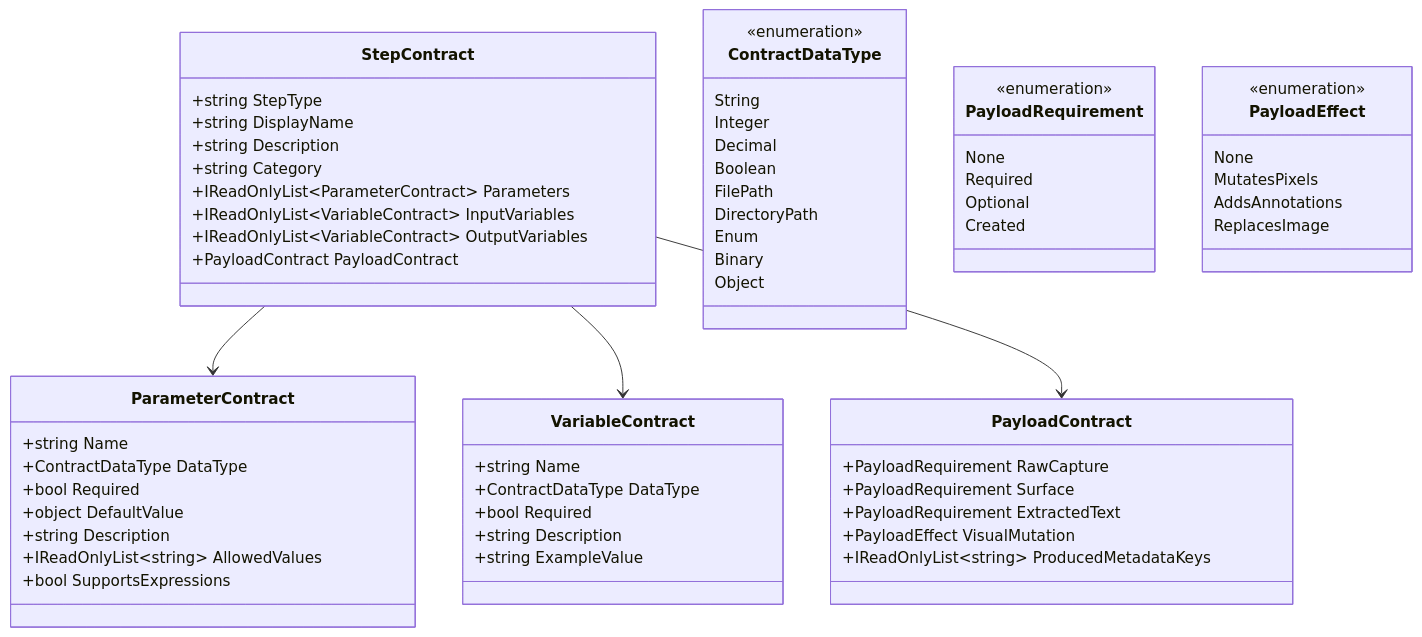
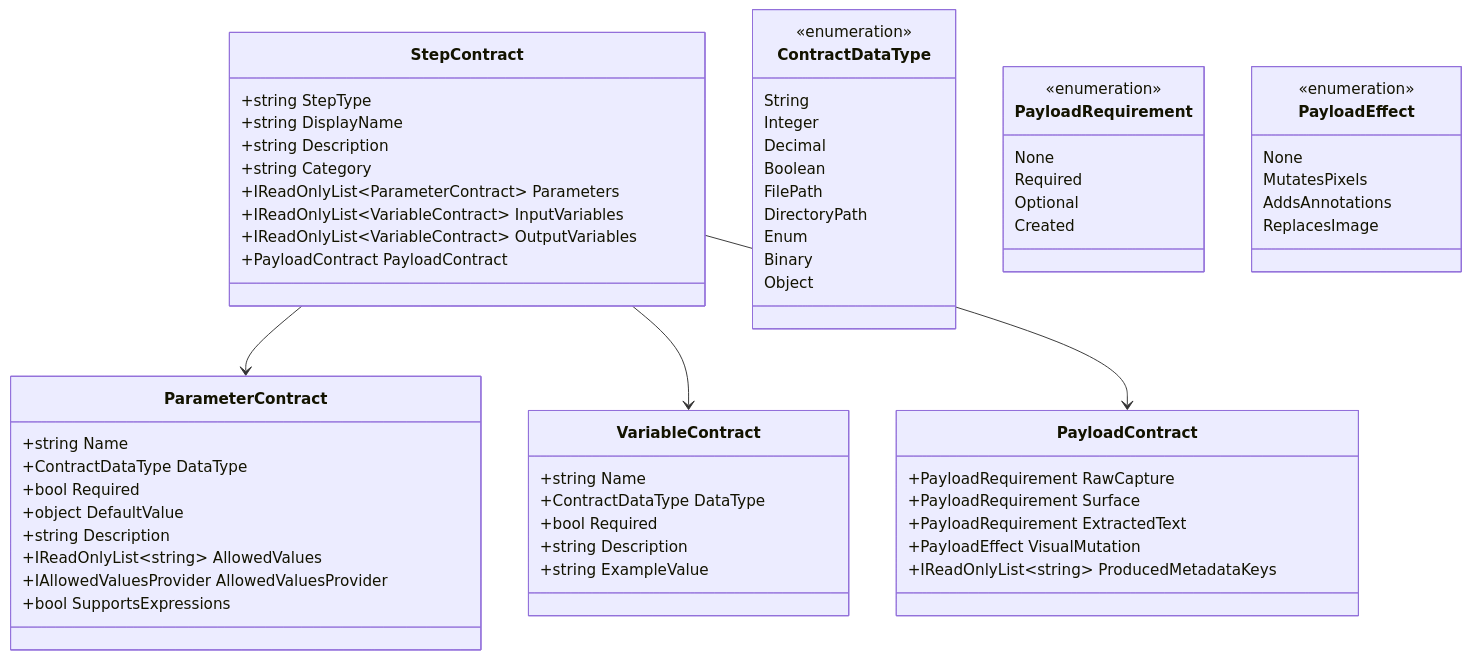
One commit to greenshot/greenshot changed the first of 2 diagrams in docs/recipe-contracts-cli-query-plan.md. Above: the diagram before and after it, drawn with Mermaid. The commit also changed other lines of this file and 8 other files, not shown here.

First line of the commit message:
Step Format parameters take their allowed values from the file format registry

````diff
--- a/docs/recipe-contracts-cli-query-plan.md
+++ b/docs/recipe-contracts-cli-query-plan.md
@@ -35,72 +35,73 @@
 ```mermaid
 classDiagram
     class StepContract {
         +string StepType
         +string DisplayName
         +string Description
         +string Category
         +IReadOnlyList~ParameterContract~ Parameters
         +IReadOnlyList~VariableContract~ InputVariables
         +IReadOnlyList~VariableContract~ OutputVariables
         +PayloadContract PayloadContract
     }
 
     class ParameterContract {
         +string Name
         +ContractDataType DataType
         +bool Required
         +object DefaultValue
         +string Description
         +IReadOnlyList~string~ AllowedValues
+        +IAllowedValuesProvider AllowedValuesProvider
         +bool SupportsExpressions
     }
 
     class VariableContract {
         +string Name
         +ContractDataType DataType
         +bool Required
         +string Description
         +string ExampleValue
     }
 
     class PayloadContract {
         +PayloadRequirement RawCapture
         +PayloadRequirement Surface
         +PayloadRequirement ExtractedText
         +PayloadEffect VisualMutation
         +IReadOnlyList~string~ ProducedMetadataKeys
     }
 
     class ContractDataType {
         <<enumeration>>
         String
         Integer
         Decimal
         Boolean
         FilePath
         DirectoryPath
         Enum
         Binary
         Object
     }
 
     class PayloadRequirement {
         <<enumeration>>
         None
         Required
         Optional
         Created
     }
 
     class PayloadEffect {
         <<enumeration>>
         None
         MutatesPixels
         AddsAnnotations
         ReplacesImage
     }
 
     StepContract --> ParameterContract
     StepContract --> VariableContract
     StepContract --> PayloadContract
 ```
````
